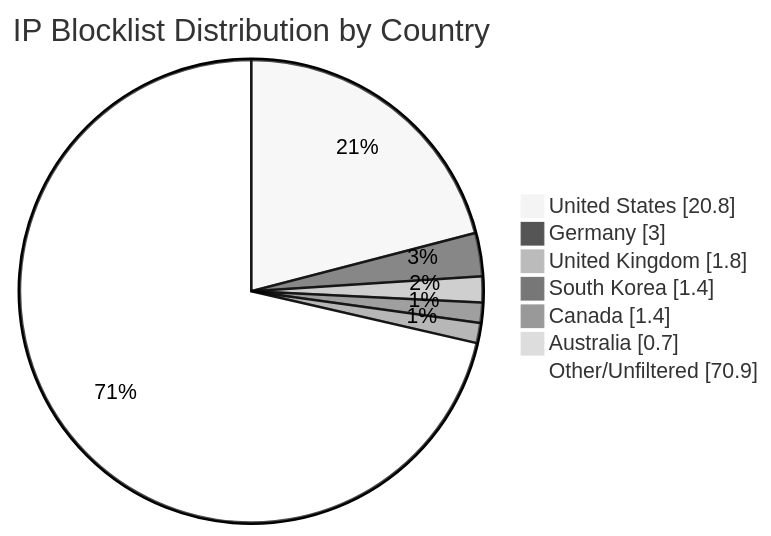
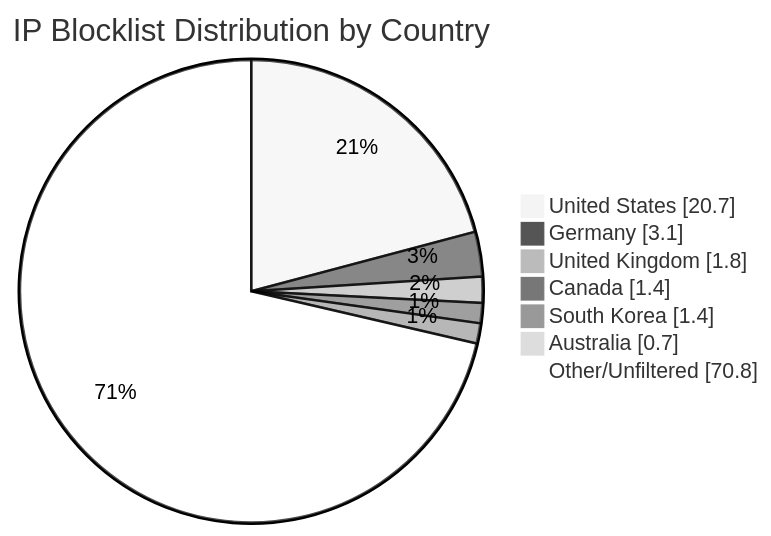
Before and after one commit to MarcusHoltz/ipblocklist-geofiltered-aggregator: the diagram in README.md, drawn with Mermaid (neutral theme). The commit also changed other lines of this file and 9 other files, not shown here.

````diff
--- a/README.md
+++ b/README.md
@@ -34,10 +34,10 @@
 ```mermaid
 pie showData title IP Blocklist Distribution by Country
-"United States" : 20.8
-"Germany" : 3.0
+"United States" : 20.7
+"Germany" : 3.1
 "United Kingdom" : 1.8
+"Canada" : 1.4
 "South Korea" : 1.4
-"Canada" : 1.4
 "Australia" : 0.7
-"Other/Unfiltered" : 70.9
+"Other/Unfiltered" : 70.8
 ```
````
